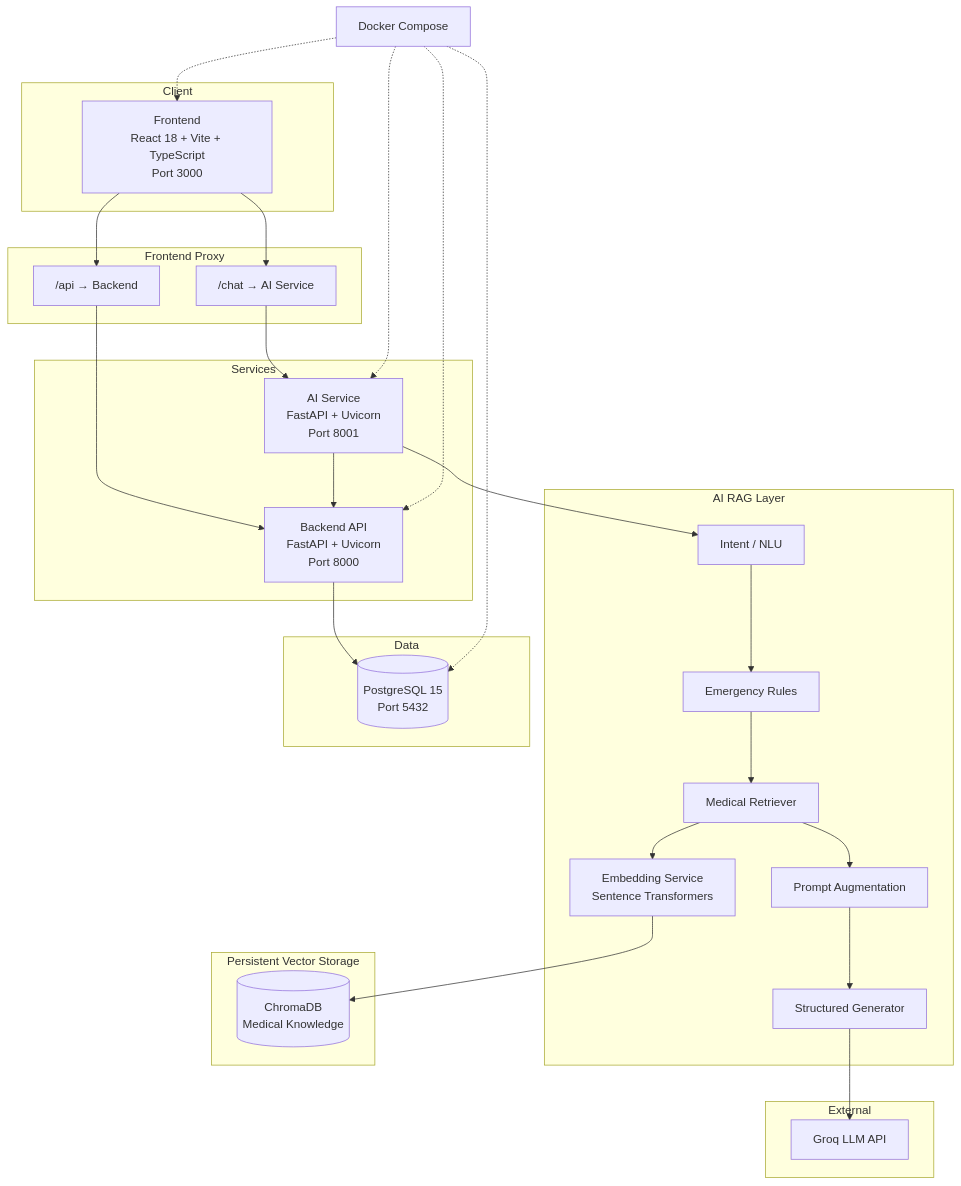
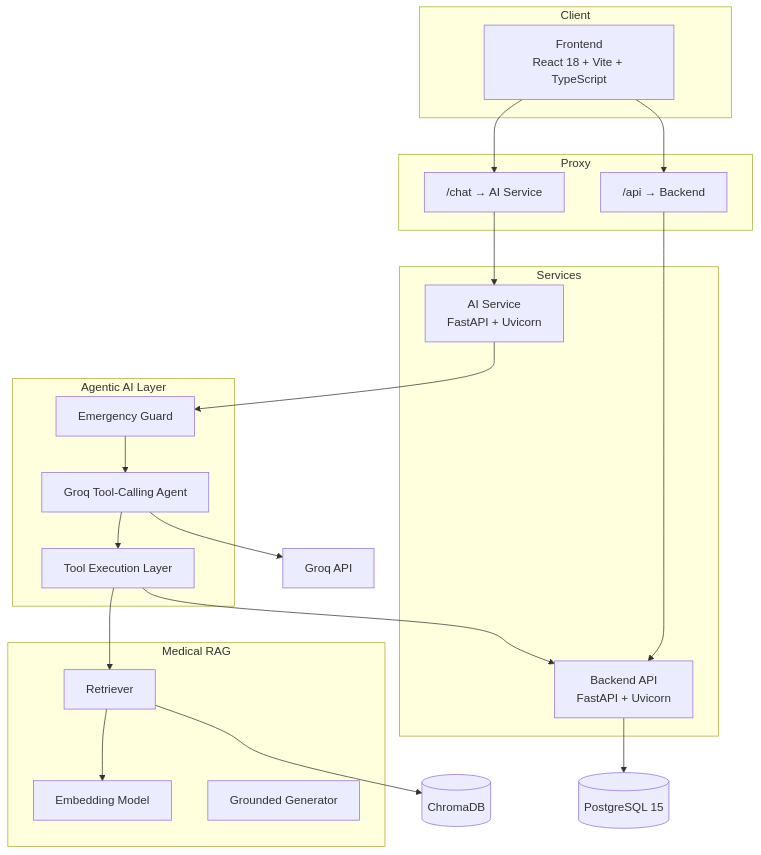
One commit to Mzaq1559/MEDIBOOK_AI changed the diagram in README.md. Above: the diagram before and after it, drawn with Mermaid. The commit also changed other lines of this file, not shown here.

````diff
--- a/README.md
+++ b/README.md
@@ -283,64 +469,52 @@
 ```mermaid
 flowchart TB
 
     subgraph Client
-        FE["Frontend<br/>React 18 + Vite + TypeScript<br/>Port 3000"]
+        FE["Frontend<br/>React 18 + Vite + TypeScript"]
     end
 
-    subgraph Proxy["Frontend Proxy"]
+    subgraph Proxy
         P1["/api → Backend"]
         P2["/chat → AI Service"]
     end
 
     subgraph Services
-        BE["Backend API<br/>FastAPI + Uvicorn<br/>Port 8000"]
-        AI["AI Service<br/>FastAPI + Uvicorn<br/>Port 8001"]
+        BE["Backend API<br/>FastAPI + Uvicorn"]
+        AI["AI Service<br/>FastAPI + Uvicorn"]
     end
 
-    subgraph RAG["AI RAG Layer"]
-        NLU["Intent / NLU"]
-        SAFE["Emergency Rules"]
-        EMB["Embedding Service<br/>Sentence Transformers"]
-        RET["Medical Retriever"]
-        AUG["Prompt Augmentation"]
-        GEN["Structured Generator"]
+    subgraph Agent["Agentic AI Layer"]
+        SAFE["Emergency Guard"]
+        LOOP["Groq Tool-Calling Agent"]
+        TOOLS["Tool Execution Layer"]
     end
 
-    subgraph Vector["Persistent Vector Storage"]
-        CHROMA[("ChromaDB<br/>Medical Knowledge")]
+    subgraph RAG["Medical RAG"]
+        EMB["Embedding Model"]
+        RET["Retriever"]
+        GEN["Grounded Generator"]
     end
 
-    subgraph Data
-        PG[("PostgreSQL 15<br/>Port 5432")]
-    end
-
-    subgraph External
-        GROQ["Groq LLM API"]
-    end
+    CHROMA[("ChromaDB")]
+    PG[("PostgreSQL 15")]
+    GROQ["Groq API"]
 
     FE --> P1
     FE --> P2
 
     P1 --> BE
     P2 --> AI
 
     BE --> PG
 
-    AI --> NLU
-    NLU --> SAFE
+    AI --> SAFE
+    SAFE --> LOOP
+    LOOP --> GROQ
+    LOOP --> TOOLS
 
-    SAFE --> RET
+    TOOLS --> BE
+    TOOLS --> RET
+
     RET --> EMB
-    EMB --> CHROMA
-
-    RET --> AUG
-    AUG --> GEN
-    GEN --> GROQ
-
-    AI --> BE
-
-    DC["Docker Compose"] -.-> FE
-    DC -.-> BE
-    DC -.-> AI
-    DC -.-> PG
+    RET --> CHROMA
 ```
````
